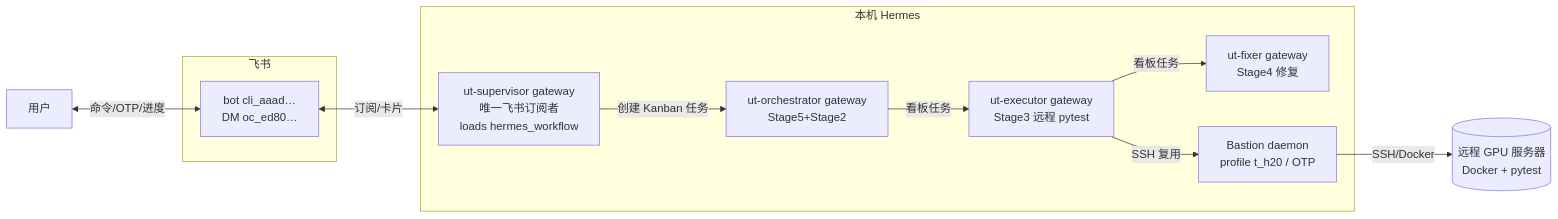
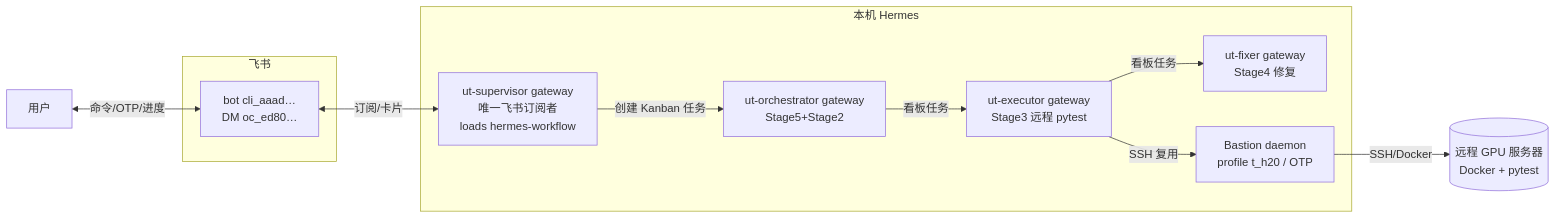
The fourth of 4 diagrams in tasks/ut/docs/guides/ut-channels-overview.md (peterlau123/apmm), drawn with Mermaid before and after one commit. The commit also changed other lines of this file and 291 other files, not shown here.

First line of the commit message:
refactor(ut): comprehensive architecture cleanup (5-point optimization)

````diff
--- a/tasks/ut/docs/guides/ut-channels-overview.md
+++ b/tasks/ut/docs/guides/ut-channels-overview.md
@@ -137,22 +137,22 @@
 ```mermaid
 flowchart LR
     U[用户]
     subgraph Feishu[飞书]
         BOT[bot cli_aaad…<br/>DM oc_ed80…]
     end
     subgraph Host[本机 Hermes]
-        SUP[ut-supervisor gateway<br/>唯一飞书订阅者<br/>loads hermes_workflow]
+        SUP[ut-supervisor gateway<br/>唯一飞书订阅者<br/>loads hermes-workflow]
         GO[ut-orchestrator gateway<br/>Stage5+Stage2]
         GE[ut-executor gateway<br/>Stage3 远程 pytest]
         GF[ut-fixer gateway<br/>Stage4 修复]
         BAS[Bastion daemon<br/>profile t_h20 / OTP]
     end
     REMOTE[(远程 GPU 服务器<br/>Docker + pytest)]
     U <-->|命令/OTP/进度| BOT
     BOT <-->|订阅/卡片| SUP
     SUP -->|创建 Kanban 任务| GO
     GO -->|看板任务| GE
     GE -->|看板任务| GF
     GE -->|SSH 复用| BAS
     BAS -->|SSH/Docker| REMOTE
 ```
````
